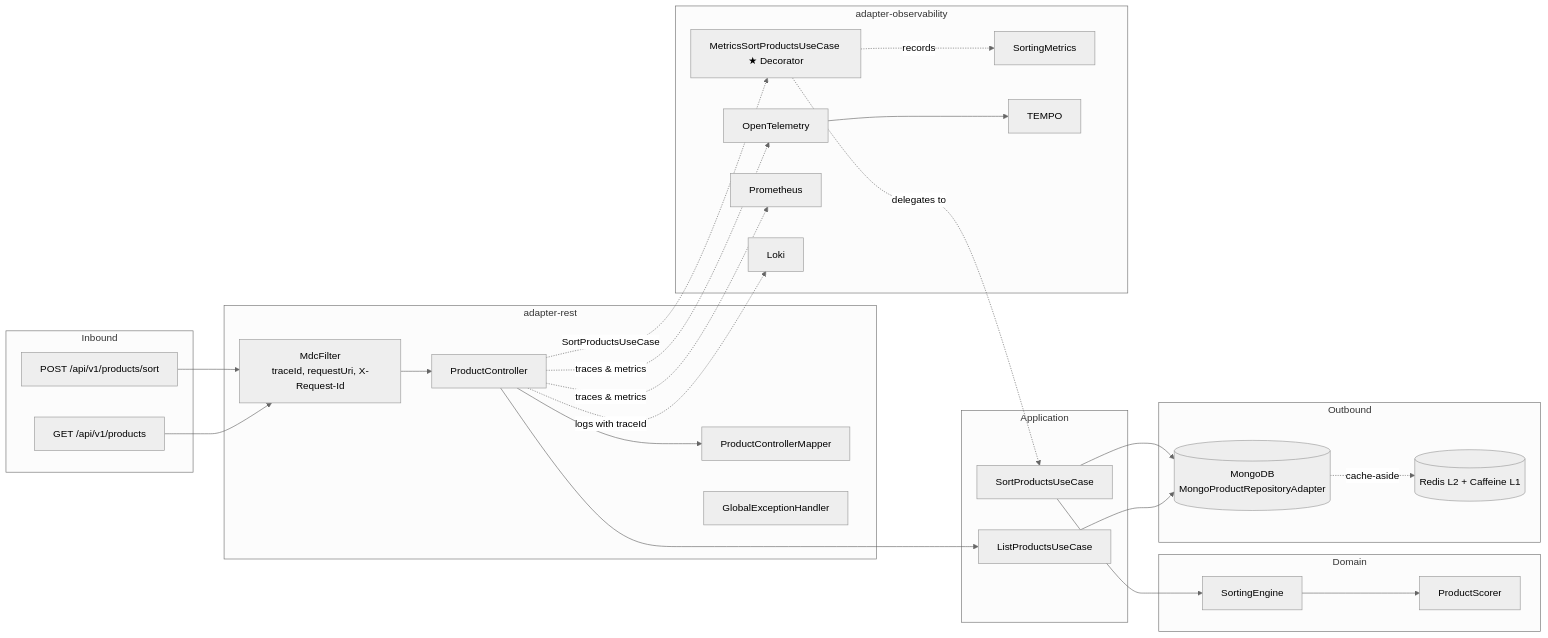
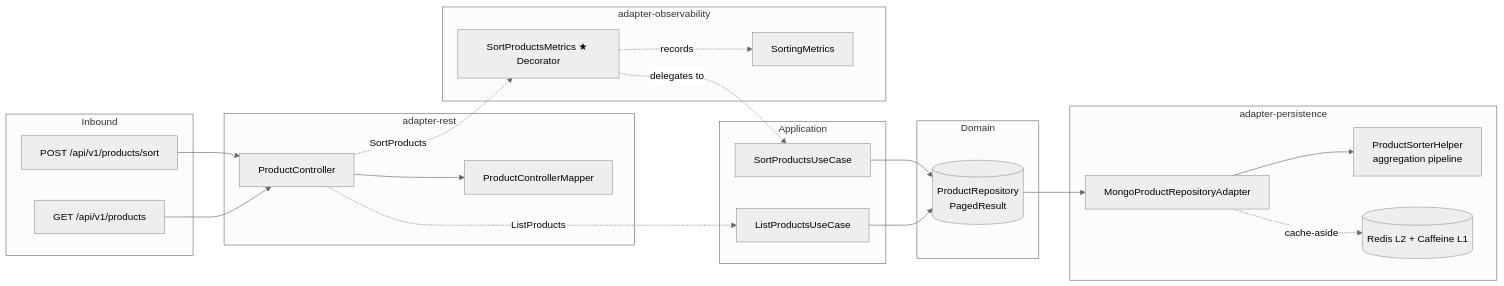
One commit to JuanPabloJimenezEsclusa/product-sorter changed the third of 3 diagrams in README.md. Above: the diagram before and after it, drawn with Mermaid (neutral theme). The commit also changed other lines of this file and 173 other files, not shown here.

First line of the commit message:
refactor(adapter): replace in-memory scoring with aggregation pipeline (#11)

````diff
--- a/README.md
+++ b/README.md
@@ -95,42 +214,36 @@
 ```mermaid
 flowchart LR
     subgraph Inbound
         POST["POST /api/v1/products/sort"]
         GET["GET /api/v1/products"]
     end
     subgraph adapter-rest
         C[ProductController]
         M[ProductControllerMapper]
-        H[GlobalExceptionHandler]
-        MDC[MdcFilter<br/>traceId, requestUri, X-Request-Id]
     end
     subgraph Application
         SUC[SortProductsUseCase]
         LUC[ListProductsUseCase]
     end
     subgraph Domain
-        SE2[SortingEngine]
-        PS2[ProductScorer]
+        REPO[(ProductRepository<br/>PagedResult)]
     end
-    subgraph Outbound
-        MONGO[(MongoDB<br/>MongoProductRepositoryAdapter)]
+    subgraph adapter-persistence
+        HLP[ProductSorterHelper<br/>aggregation pipeline]
+        ADPT[MongoProductRepositoryAdapter]
         CACHE[("Redis L2 + Caffeine L1")]
     end
     subgraph adapter-observability
-        MM[MetricsSortProductsUseCase ★ Decorator]
+        MM[SortProductsMetrics ★ Decorator]
         SM[SortingMetrics]
-        OT[OpenTelemetry] --> TEMPO
-        PROM[Prometheus]
-        LOKI[Loki]
     end
 
-    POST & GET --> MDC
-    MDC --> C --> M
-    C -.->|SortProductsUseCase| MM
-    C --> LUC
-    MM -.->|delegates to| SUC --> SE2 --> PS2
-    SUC & LUC --> MONGO -.->|cache-aside| CACHE
+    POST & GET --> C --> M
+    C -.->|SortProducts| MM
+    C -.->|ListProducts| LUC
+    MM -.->|delegates to| SUC --> REPO
+    LUC --> REPO
+    REPO --> ADPT --> HLP
+    ADPT -.->|cache-aside| CACHE
     MM -.->|records| SM
-    C -.->|traces & metrics| OT & PROM
-    C -.->|logs with traceId| LOKI
 ```
````
